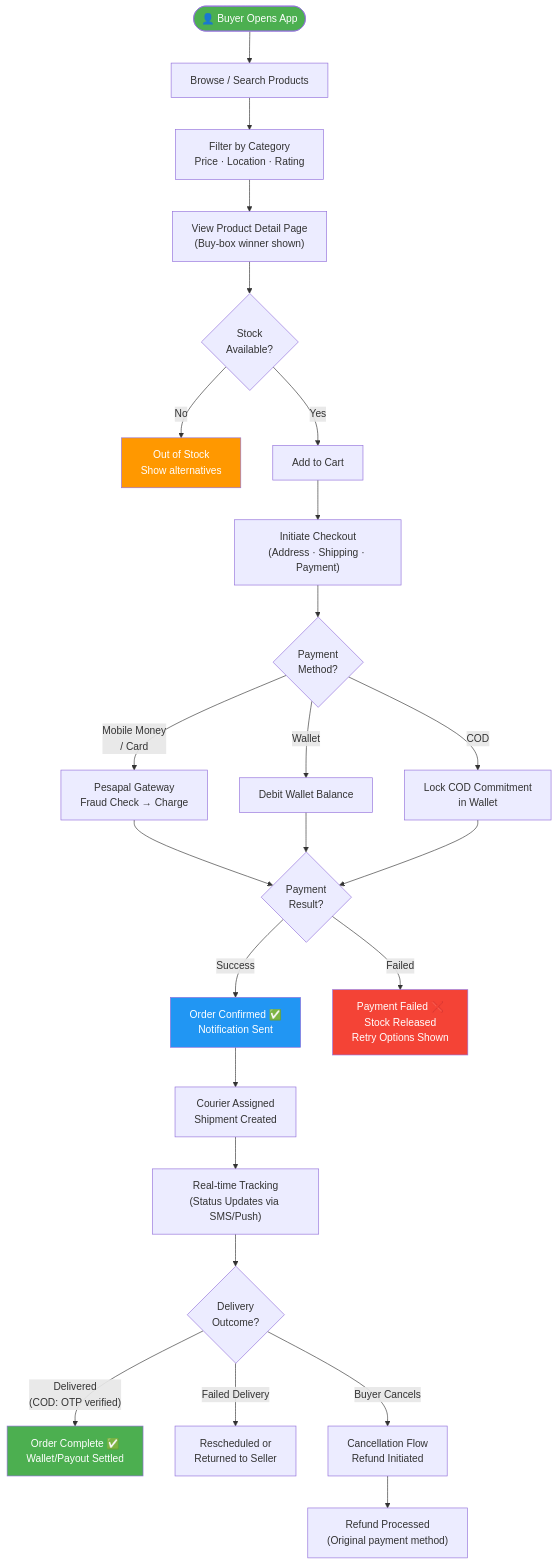
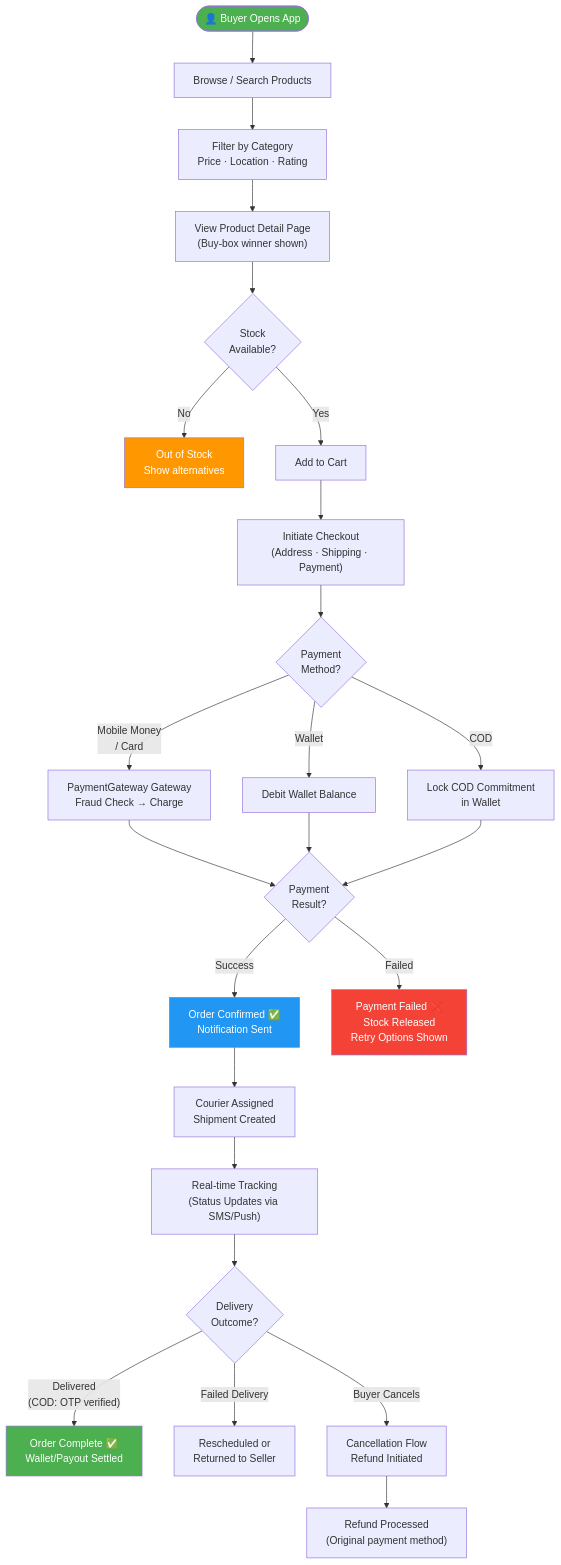
The first of 5 diagrams in docs/flows/user-flow-maps.md (maysar-014/maysar-express-backend), drawn with Mermaid before and after one commit. The commit also changed 158 other files, not shown here.

````diff
--- a/docs/flows/user-flow-maps.md
+++ b/docs/flows/user-flow-maps.md
@@ -9,38 +9,38 @@
 ```mermaid
 flowchart TD
     START(["👤 Buyer Opens App"]) --> BROWSE["Browse / Search Products"]
     BROWSE --> FILTER["Filter by Category\nPrice · Location · Rating"]
     FILTER --> PDP["View Product Detail Page\n(Buy-box winner shown)"]
     PDP --> STOCK{Stock\nAvailable?}
     STOCK -->|No| OOS["Out of Stock\nShow alternatives"]
     STOCK -->|Yes| CART["Add to Cart"]
     CART --> CHECKOUT["Initiate Checkout\n(Address · Shipping · Payment)"]
     CHECKOUT --> PAYMENT_METHOD{Payment\nMethod?}
 
-    PAYMENT_METHOD -->|"Mobile Money\n/ Card"| GATEWAY["Pesapal Gateway\nFraud Check → Charge"]
+    PAYMENT_METHOD -->|"Mobile Money\n/ Card"| GATEWAY["PaymentGateway Gateway\nFraud Check → Charge"]
     PAYMENT_METHOD -->|"Wallet"| WALLET_PAY["Debit Wallet Balance"]
     PAYMENT_METHOD -->|"COD"| COD_LOCK["Lock COD Commitment\nin Wallet"]
 
     GATEWAY --> PAY_RESULT{Payment\nResult?}
     WALLET_PAY --> PAY_RESULT
     COD_LOCK --> PAY_RESULT
 
     PAY_RESULT -->|Success| ORDER_CONFIRMED["Order Confirmed ✅\nNotification Sent"]
     PAY_RESULT -->|Failed| PAY_FAIL["Payment Failed ❌\nStock Released\nRetry Options Shown"]
 
     ORDER_CONFIRMED --> DISPATCH["Courier Assigned\nShipment Created"]
     DISPATCH --> TRACKING["Real-time Tracking\n(Status Updates via SMS/Push)"]
     TRACKING --> DELIVERY{Delivery\nOutcome?}
 
     DELIVERY -->|"Delivered\n(COD: OTP verified)"| COMPLETE["Order Complete ✅\nWallet/Payout Settled"]
     DELIVERY -->|"Failed Delivery"| REDELIVER["Rescheduled or\nReturned to Seller"]
     DELIVERY -->|"Buyer Cancels"| CANCEL["Cancellation Flow\nRefund Initiated"]
 
     CANCEL --> REFUND["Refund Processed\n(Original payment method)"]
 
     style START fill:#4CAF50,color:#fff
     style ORDER_CONFIRMED fill:#2196F3,color:#fff
     style COMPLETE fill:#4CAF50,color:#fff
     style PAY_FAIL fill:#F44336,color:#fff
     style OOS fill:#FF9800,color:#fff
 ```
````
